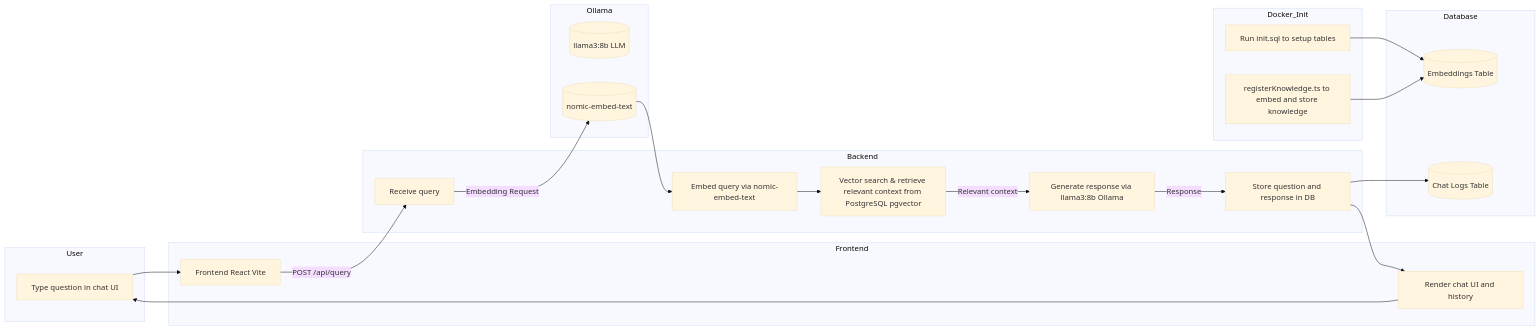
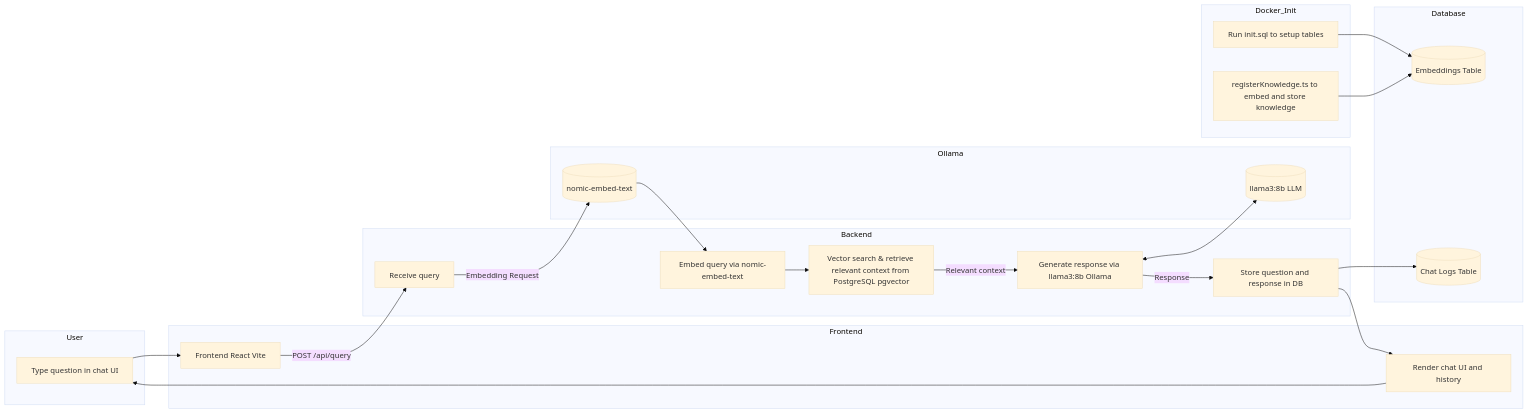
The diagram in README.md (miwgu/Chat-with-AI-Using-RAG), drawn with Mermaid (base theme) before and after one commit.

````diff
--- a/README.md
+++ b/README.md
@@ -52,57 +52,58 @@
 ```mermaid
 flowchart LR
     %% User
     subgraph User
         A1[Type question in chat UI]
     end
 
     %% Frontend
     subgraph Frontend
         A2[Frontend React Vite]
         A3[Render chat UI and history]
     end
 
     %% Backend
     subgraph Backend
         B1[Receive query]
         B2[Embed query via nomic-embed-text]
         B3[Vector search & retrieve relevant context from PostgreSQL pgvector]
         B4[Generate response via llama3:8b Ollama]
         B5[Store question and response in DB]
     end
 
     %% Database
     subgraph Database
         D1[(Embeddings Table)]
         D2[(Chat Logs Table)]
     end
 
     %% Ollama
     subgraph Ollama
         O1[(llama3:8b LLM)]
         O2[(nomic-embed-text)]
     end
 
     %% Docker initialization
     subgraph Docker_Init
         X1[Run init.sql to setup tables]
         X2[registerKnowledge.ts to embed and store knowledge]
     end
 
     %% Connections
     A1 --> A2
     A2 -->|POST /api/query| B1
     B1 -->|Embedding Request| O2
     O2 --> B2
     B2 --> B3
     B3 -->|Relevant context| B4
+    B4 <--> O1
     B4 -->|Response| B5
     B5 --> D2
     B5 --> A3
     A3 --> A1
 
     %% Init connections
     X1 --> D1
     X2 --> D1
 
 ```
````
